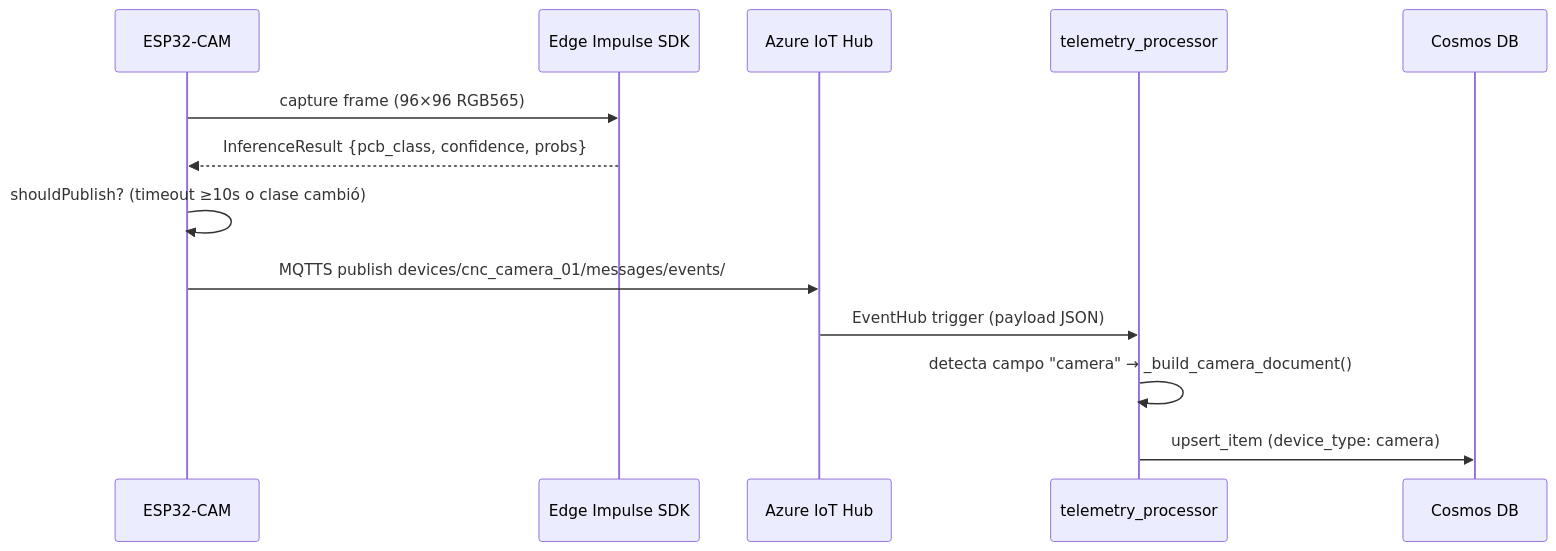
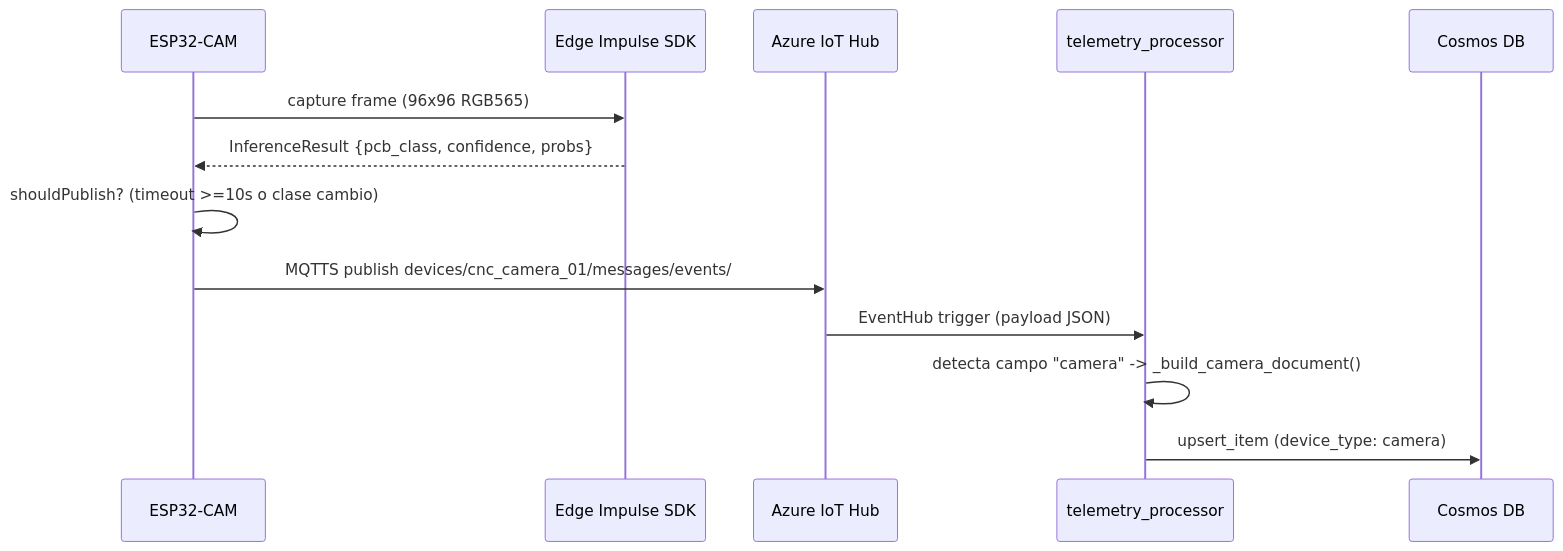
Before and after one commit to Deivs117/IoT_CNC_Monitoring: the second of 3 diagrams in README.md, drawn with Mermaid. The commit also changed other lines of this file and 8 other files, not shown here.

````diff
--- a/README.md
+++ b/README.md
@@ -173,16 +199,16 @@
 ```mermaid
 sequenceDiagram
     participant CAM as ESP32-CAM
     participant EI as Edge Impulse SDK
     participant HUB as Azure IoT Hub
     participant FN as telemetry_processor
     participant DB as Cosmos DB
 
-    CAM->>EI: capture frame (96×96 RGB565)
+    CAM->>EI: capture frame (96x96 RGB565)
     EI-->>CAM: InferenceResult {pcb_class, confidence, probs}
-    CAM->>CAM: shouldPublish? (timeout ≥10s o clase cambió)
+    CAM->>CAM: shouldPublish? (timeout >=10s o clase cambio)
     CAM->>HUB: MQTTS publish devices/cnc_camera_01/messages/events/
     HUB->>FN: EventHub trigger (payload JSON)
-    FN->>FN: detecta campo "camera" → _build_camera_document()
+    FN->>FN: detecta campo "camera" -> _build_camera_document()
     FN->>DB: upsert_item (device_type: camera)
 ```
````
